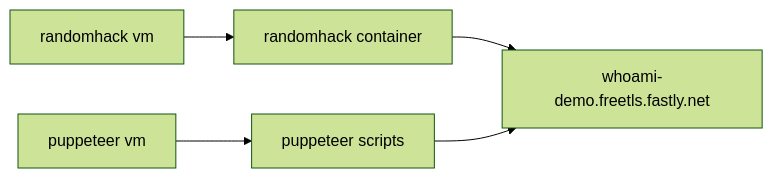
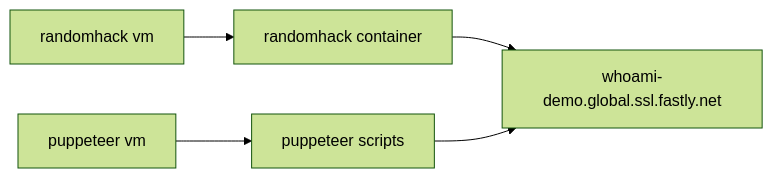
Before and after one commit to jbartus/fastly-magento2-demo: the third of 3 diagrams in README.md, drawn with Mermaid (forest theme). The commit also changed other lines of this file and 2 other files, not shown here.

Commit message:
consistent url

````diff
--- a/README.md
+++ b/README.md
@@ -31,7 +31,7 @@
 ```mermaid
 flowchart LR
   rhvm[randomhack vm] --> container[randomhack container]
-  container --> site[whoami-demo.freetls.fastly.net]
+  container --> site[whoami-demo.global.ssl.fastly.net]
   ptvm[puppeteer vm] --> scripts[puppeteer scripts]
   scripts --> site
 ``` 
````
